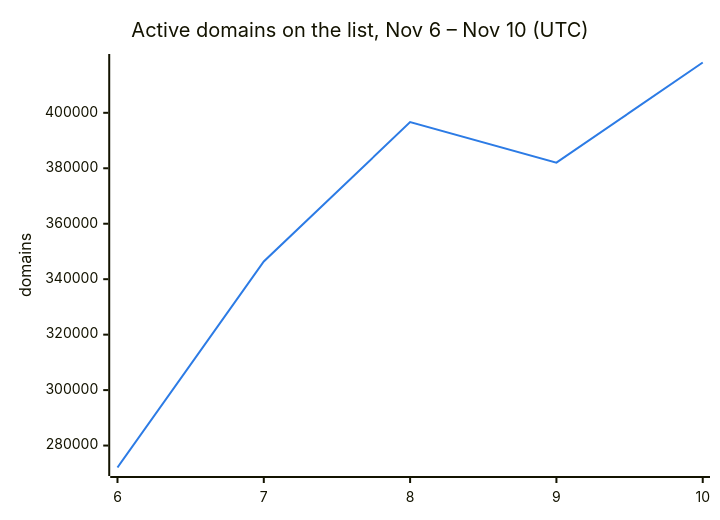
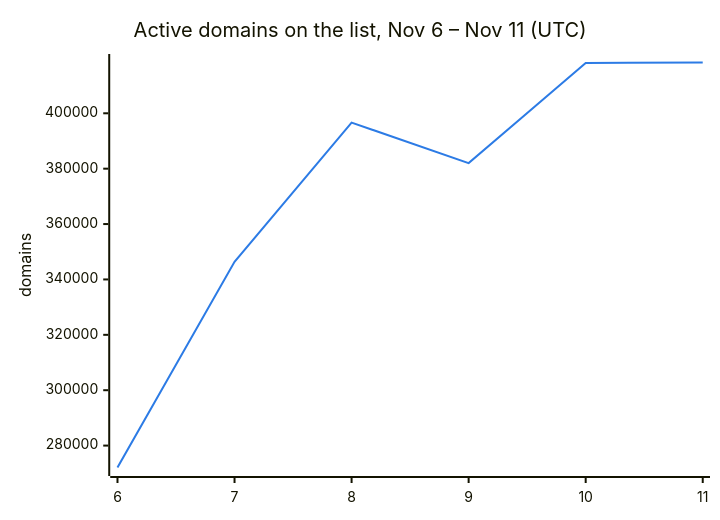
Before and after one commit to DNSBunker/CTI: the second of 3 diagrams in README.md, drawn with Mermaid. The commit also changed other lines of this file and 3 other files, not shown here.

First line of the commit message:
Update 2026-11-11 00:07 UTC: 418342 domains

````diff
--- a/README.md
+++ b/README.md
@@ -38,8 +38,8 @@
 ```mermaid
 %%{init: {"themeVariables": {"xyChart": {"plotColorPalette": "#2c7be5"}}}}%%
 xychart-beta
-    title "Active domains on the list, Nov 6 – Nov 10 (UTC)"
-    x-axis ["6", "7", "8", "9", "10"]
+    title "Active domains on the list, Nov 6 – Nov 11 (UTC)"
+    x-axis ["6", "7", "8", "9", "10", "11"]
     y-axis "domains"
-    line [272088, 346388, 396638, 382009, 418143]
+    line [272088, 346388, 396638, 382009, 418143, 418342]
 ```
````
